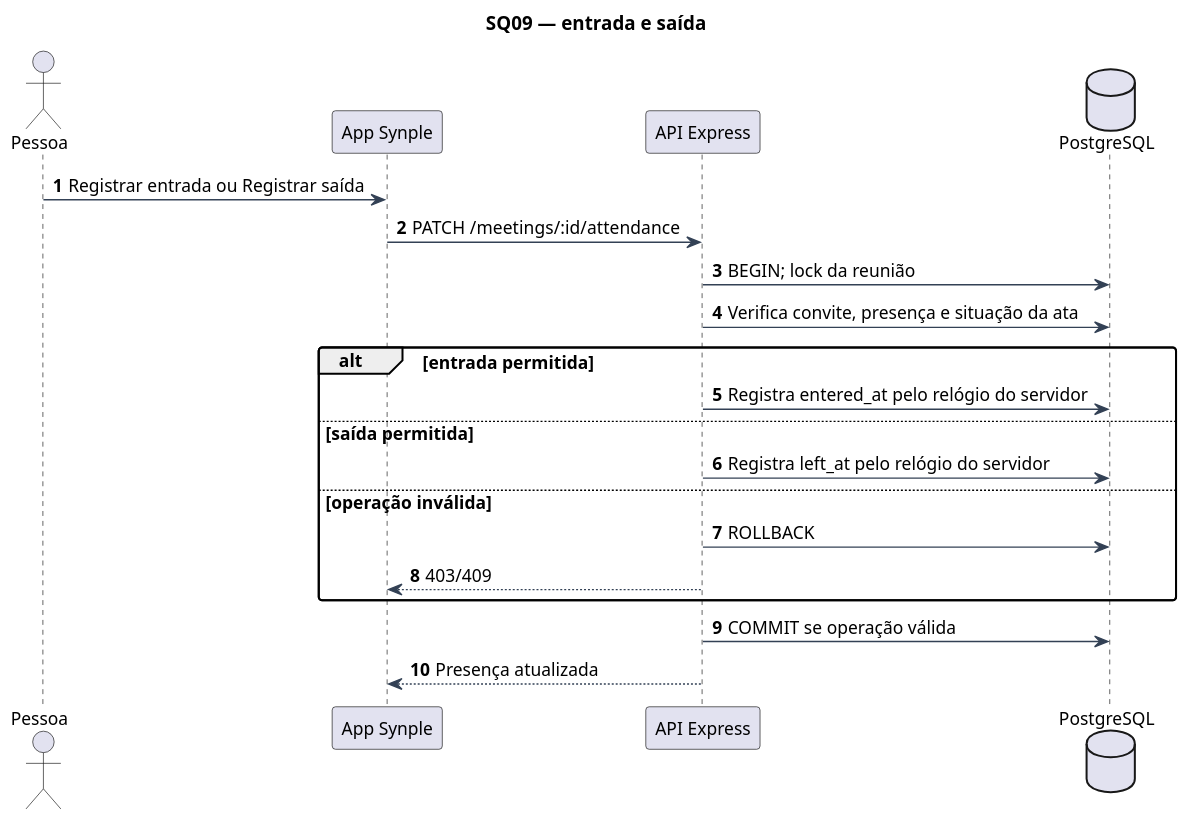
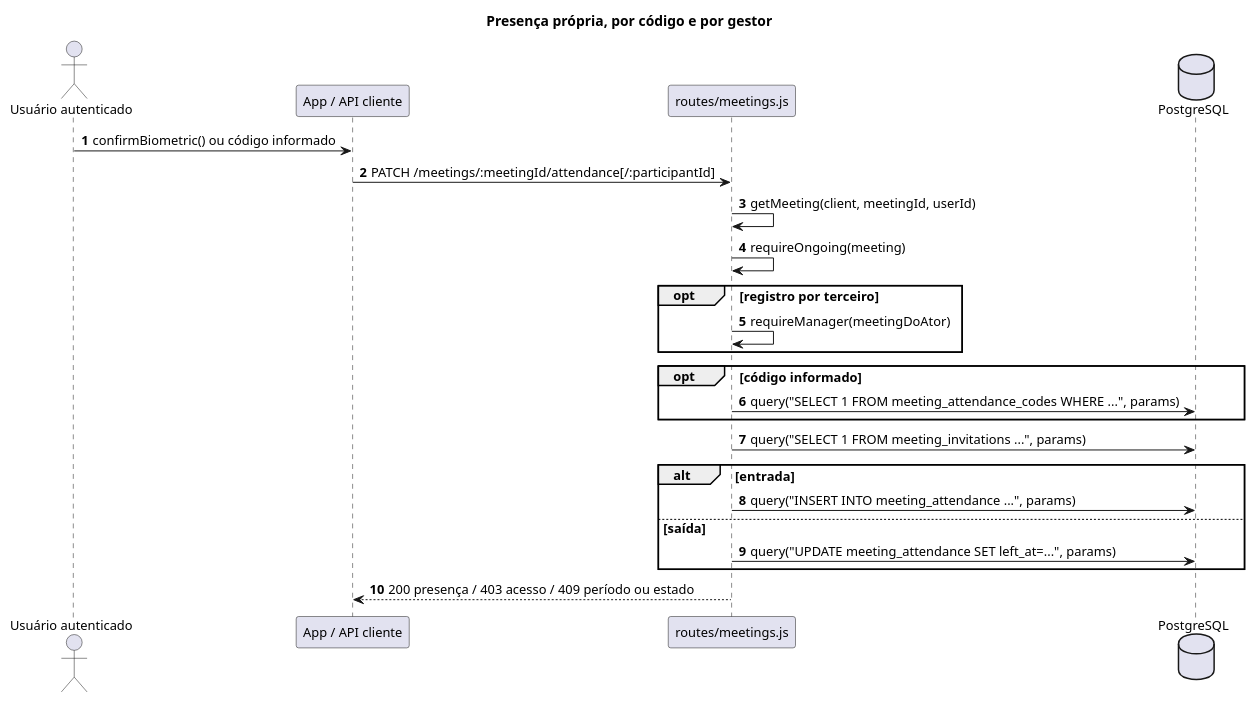
One commit to skzun/BRTPDS2 changed the diagram in docs/Diagramas/fontes/seq-presenca.puml. Above: the diagram before and after it, drawn with PlantUML. The commit also changed 2205 other files, not shown here.

```diff
--- a/docs/Diagramas/fontes/seq-presenca.puml
+++ b/docs/Diagramas/fontes/seq-presenca.puml
@@ -1,32 +1,28 @@
 @startuml
 !pragma layout smetana
-skinparam backgroundColor white
 skinparam shadowing false
-skinparam defaultFontName SansSerif
 skinparam defaultFontSize 13
-skinparam ArrowColor #334155
-skinparam packageStyle rectangle
-skinparam classAttributeIconSize 0
-skinparam roundcorner 5
-skinparam dpi 130
-title SQ09 — entrada e saída
+title Presença própria, por código e por gestor
 autonumber
-actor Pessoa
-participant "App Synple" as App
-participant "API Express" as API
+actor "Usuário autenticado" as U
+participant "App / API cliente" as App
+participant "routes/meetings.js" as API
 database PostgreSQL as DB
-Pessoa -> App : Registrar entrada ou Registrar saída
-App -> API : PATCH /meetings/:id/attendance
-API -> DB : BEGIN; lock da reunião
-API -> DB : Verifica convite, presença e situação da ata
-alt entrada permitida
- API -> DB : Registra entered_at pelo relógio do servidor
-else saída permitida
- API -> DB : Registra left_at pelo relógio do servidor
-else operação inválida
- API -> DB : ROLLBACK
- API --> App : 403/409
+U -> App: confirmBiometric() ou código informado
+App -> API: PATCH /meetings/:meetingId/attendance[/:participantId]
+API -> API: getMeeting(client, meetingId, userId)
+API -> API: requireOngoing(meeting)
+opt registro por terceiro
+ API -> API: requireManager(meetingDoAtor)
 end
-API -> DB : COMMIT se operação válida
-API --> App : Presença atualizada
+opt código informado
+ API -> DB: query("SELECT 1 FROM meeting_attendance_codes WHERE ...", params)
+end
+API -> DB: query("SELECT 1 FROM meeting_invitations ...", params)
+alt entrada
+ API -> DB: query("INSERT INTO meeting_attendance ...", params)
+else saída
+ API -> DB: query("UPDATE meeting_attendance SET left_at=...", params)
+end
+API --> App: 200 presença / 403 acesso / 409 período ou estado
 @enduml
```
